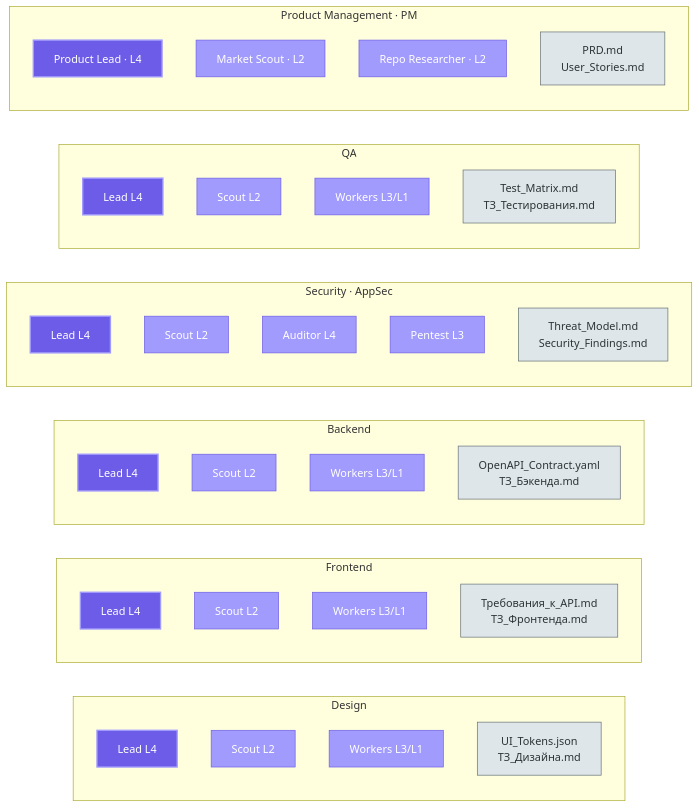
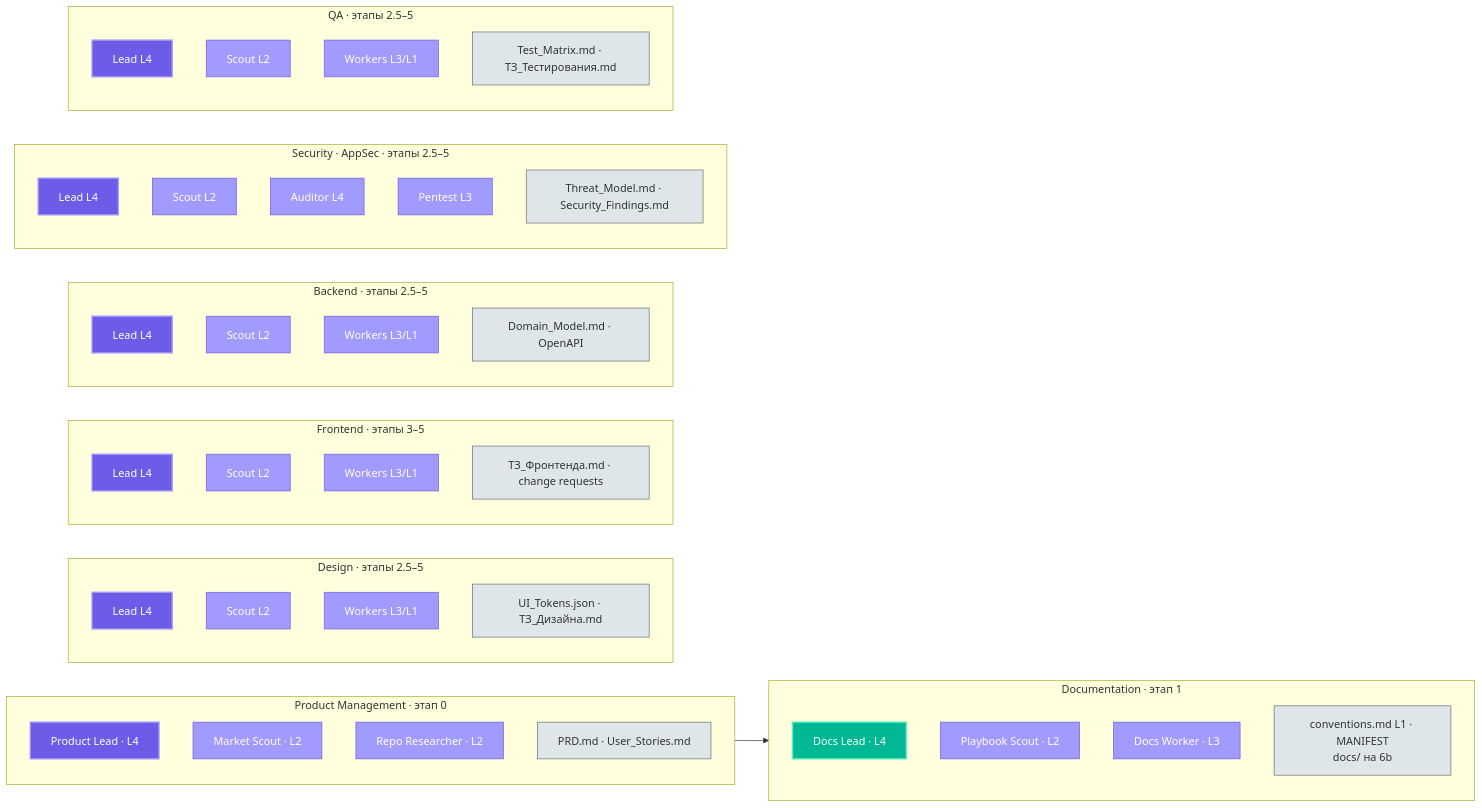
The fifth of 21 diagrams in docs/architecture/orchestra-routing.md (GreyKxtx/Orchestra), drawn with Mermaid before and after one commit. The commit also changed other lines of this file and 108 other files, not shown here.

````diff
--- a/docs/architecture/orchestra-routing.md
+++ b/docs/architecture/orchestra-routing.md
@@ -177,55 +377,66 @@
 ```mermaid
 flowchart LR
     classDef dept fill:#6c5ce7,stroke:#a29bfe,stroke-width:2px,color:#fff
+    classDef docs fill:#00b894,stroke:#55efc4,stroke-width:2px,color:#fff
     classDef role fill:#a29bfe,stroke:#6c5ce7,color:#fff
     classDef artifact fill:#dfe6e9,stroke:#636e72,color:#2d3436
 
-    subgraph DESIGN["Design"]
+    subgraph PRODUCT["Product Management · этап 0"]
+        direction TB
+        P0["Product Lead · L4"]:::dept
+        P0s["Market Scout · L2"]:::role
+        P0r["Repo Researcher · L2"]:::role
+        PA["PRD.md · User_Stories.md"]:::artifact
+    end
+
+    subgraph DOCUMENTATION["Documentation · этап 1"]
+        direction TB
+        DOC1["Docs Lead · L4"]:::docs
+        DOC2["Playbook Scout · L2"]:::role
+        DOC3["Docs Worker · L3"]:::role
+        DOCA["conventions.md L1 · MANIFEST<br>docs/ на 6b"]:::artifact
+    end
+
+    subgraph DESIGN["Design · этапы 2.5–5"]
         direction TB
         D1["Lead L4"]:::dept
         D2["Scout L2"]:::role
         D3["Workers L3/L1"]:::role
-        DA["UI_Tokens.json<br>ТЗ_Дизайна.md"]:::artifact
+        DA["UI_Tokens.json · ТЗ_Дизайна.md"]:::artifact
     end
 
-    subgraph FRONTEND["Frontend"]
+    subgraph FRONTEND["Frontend · этапы 3–5"]
         direction TB
         F1["Lead L4"]:::dept
         F2["Scout L2"]:::role
         F3["Workers L3/L1"]:::role
-        FA["Требования_к_API.md<br>ТЗ_Фронтенда.md"]:::artifact
+        FA["ТЗ_Фронтенда.md · change requests"]:::artifact
     end
 
-    subgraph BACKEND["Backend"]
+    subgraph BACKEND["Backend · этапы 2.5–5"]
         direction TB
         B1["Lead L4"]:::dept
         B2["Scout L2"]:::role
         B3["Workers L3/L1"]:::role
-        BA["OpenAPI_Contract.yaml<br>ТЗ_Бэкенда.md"]:::artifact
+        BA["Domain_Model.md · OpenAPI"]:::artifact
     end
 
-    subgraph SECURITY["Security · AppSec"]
+    subgraph SECURITY["Security · AppSec · этапы 2.5–5"]
         direction TB
         S1["Lead L4"]:::dept
         S2["Scout L2"]:::role
         S3["Auditor L4"]:::role
         S4["Pentest L3"]:::role
-        SA["Threat_Model.md<br>Security_Findings.md"]:::artifact
+        SA["Threat_Model.md · Security_Findings.md"]:::artifact
     end
 
-    subgraph QA["QA"]
+    subgraph QA["QA · этапы 2.5–5"]
         direction TB
         Q1["Lead L4"]:::dept
         Q2["Scout L2"]:::role
         Q3["Workers L3/L1"]:::role
-        QA_A["Test_Matrix.md<br>ТЗ_Тестирования.md"]:::artifact
+        QA_A["Test_Matrix.md · ТЗ_Тестирования.md"]:::artifact
     end
 
-    subgraph PRODUCT["Product Management · PM"]
-        direction TB
-        P0["Product Lead · L4"]:::dept
-        P0s["Market Scout · L2"]:::role
-        P0r["Repo Researcher · L2"]:::role
-        PA["PRD.md<br>User_Stories.md"]:::artifact
-    end
+    PRODUCT --> DOCUMENTATION
 ```
````
